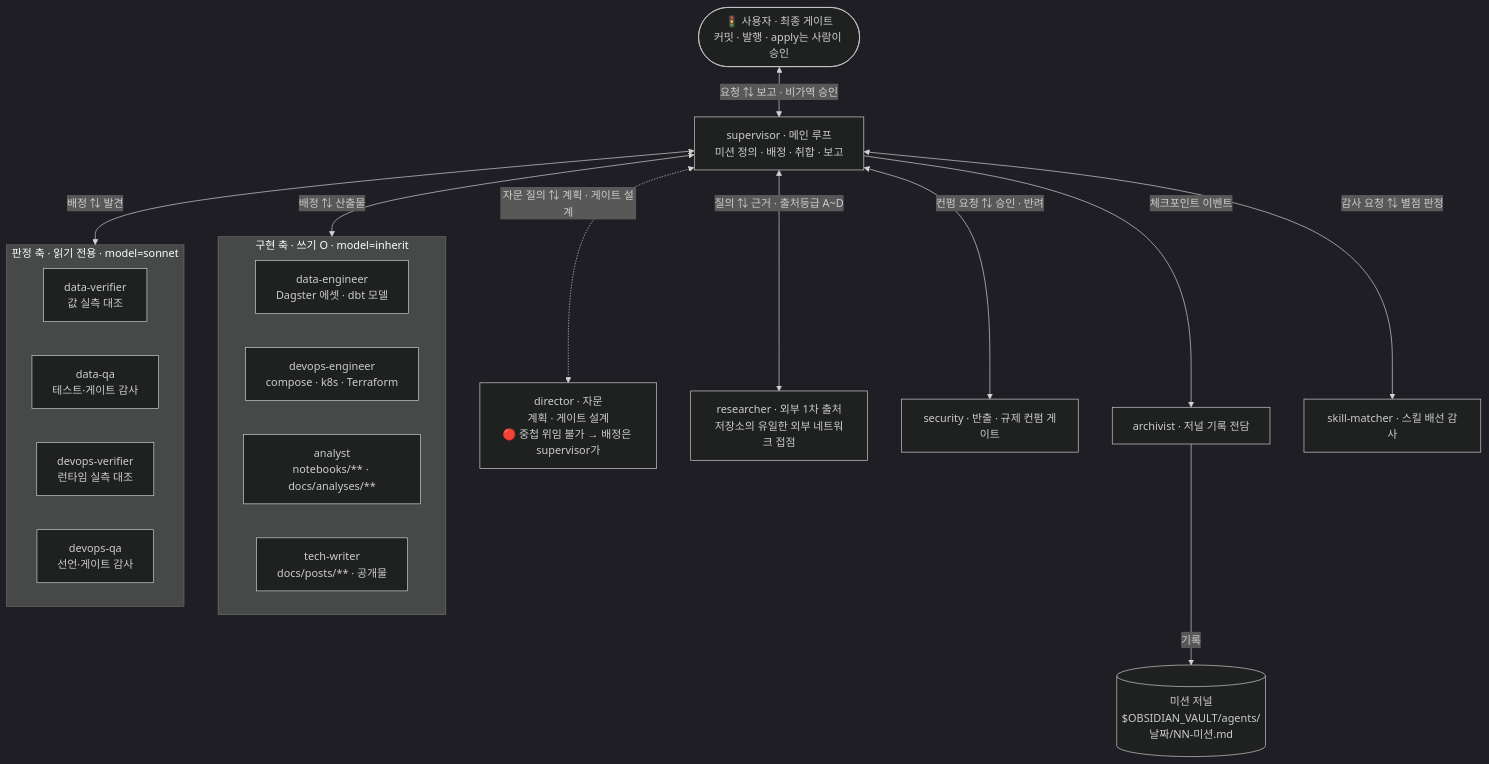
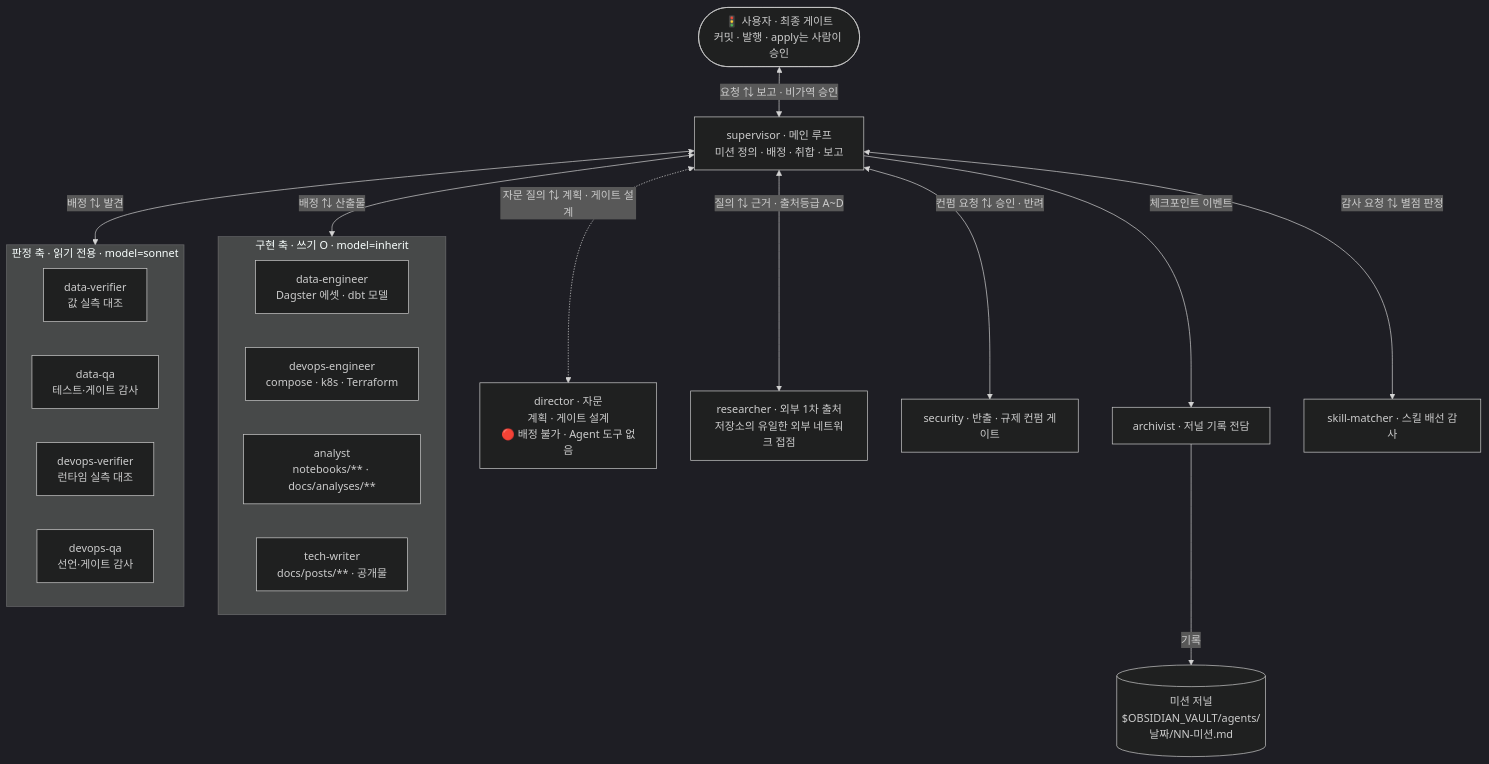
The first of 2 diagrams in README.md (Melting-Face/dagster-study), drawn with Mermaid (dark theme) before and after one commit.

Commit message:
docs(readme): 구조도 director 문구를 정본에 맞춤
정본 §구조도가 5bc2975로 재작성되면서 director 노드 라벨이
"🔴 배정 불가 · Agent 도구 없음"으로 확정됐다. README 축약본은
"🔴 중첩 위임 불가 → 배정은 supervisor가"였다. 사실은 같지만 문구가
갈리면 어느 쪽이 최신인지 독자가 판단해야 한다. 축약본 조항대로
정본 표기를 따른다.

앞 커밋에서 명시한 "갈리면 정본이 사실"의 첫 적용이다.

````diff
--- a/README.md
+++ b/README.md
@@ -151,36 +151,36 @@
 ```mermaid
 flowchart TB
     U(["🚦 사용자 · 최종 게이트<br/>커밋 · 발행 · apply는 사람이 승인"])
     SUP["supervisor · 메인 루프<br/>미션 정의 · 배정 · 취합 · 보고"]
-    DIR["director · 자문<br/>계획 · 게이트 설계<br/>🔴 중첩 위임 불가 → 배정은 supervisor가"]
+    DIR["director · 자문<br/>계획 · 게이트 설계<br/>🔴 배정 불가 · Agent 도구 없음"]
 
     subgraph impl["구현 축 · 쓰기 O · model=inherit"]
         DE["data-engineer<br/>Dagster 에셋 · dbt 모델"]
         OE["devops-engineer<br/>compose · k8s · Terraform"]
         AN["analyst<br/>notebooks/** · docs/analyses/**"]
         TW["tech-writer<br/>docs/posts/** · 공개물"]
     end
 
     subgraph judge["판정 축 · 읽기 전용 · model=sonnet"]
         DV["data-verifier<br/>값 실측 대조"]
         DQ["data-qa<br/>테스트·게이트 감사"]
         OV["devops-verifier<br/>런타임 실측 대조"]
         OQ["devops-qa<br/>선언·게이트 감사"]
     end
 
     RES["researcher · 외부 1차 출처<br/>저장소의 유일한 외부 네트워크 접점"]
     SEC["security · 반출 · 규제 컨펌 게이트"]
     ARC["archivist · 저널 기록 전담"]
     SKM["skill-matcher · 스킬 배선 감사"]
     JR[("미션 저널<br/>$OBSIDIAN_VAULT/agents/날짜/NN-미션.md")]
 
     U <-->|"요청 ⇅ 보고 · 비가역 승인"| SUP
     SUP <-.->|"자문 질의 ⇅ 계획 · 게이트 설계"| DIR
     SUP <-->|"배정 ⇅ 산출물"| impl
     SUP <-->|"배정 ⇅ 발견"| judge
     SUP <-->|"질의 ⇅ 근거 · 출처등급 A~D"| RES
     SUP <-->|"컨펌 요청 ⇅ 승인 · 반려"| SEC
     SUP <-->|"감사 요청 ⇅ 별점 판정"| SKM
     SUP -->|"체크포인트 이벤트"| ARC
     ARC -->|기록| JR
 ```
````
